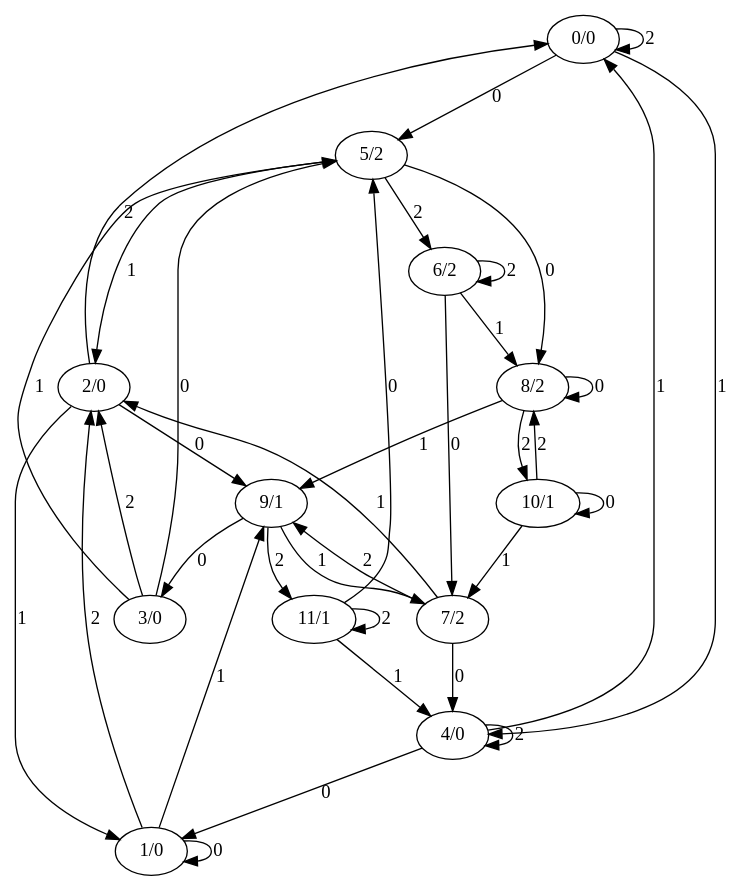
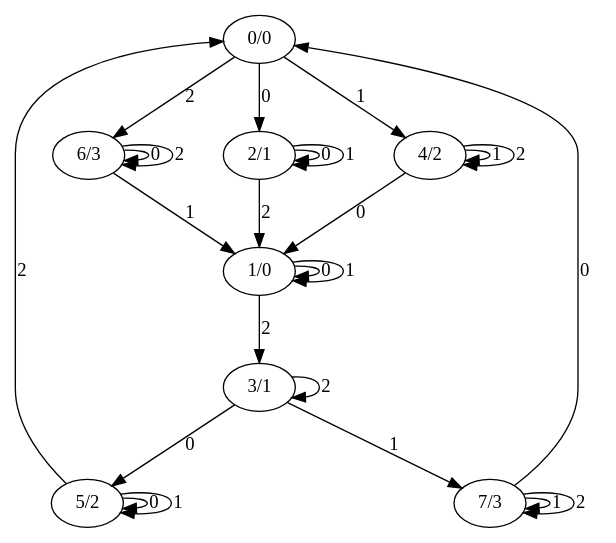
Before and after one commit to luchininaanna/TA: the diagram in minimization/minimization/out.dot, drawn with Graphviz. The commit also changed 24 other files, not shown here.

```diff
--- a/minimization/minimization/out.dot
+++ b/minimization/minimization/out.dot
@@ -1,38 +1,26 @@
 digraph G{
-"0/0"->"5/2"[label="0"];
-"0/0"->"4/0"[label="1"];
-"0/0"->"0/0"[label="2"];
+"0/0"->"2/1"[label="0"];
+"0/0"->"4/2"[label="1"];
+"0/0"->"6/3"[label="2"];
 "1/0"->"1/0"[label="0"];
-"1/0"->"9/1"[label="1"];
-"1/0"->"2/0"[label="2"];
-"2/0"->"9/1"[label="0"];
-"2/0"->"1/0"[label="1"];
-"2/0"->"0/0"[label="2"];
-"3/0"->"5/2"[label="0"];
-"3/0"->"5/2"[label="1"];
-"3/0"->"2/0"[label="2"];
-"4/0"->"1/0"[label="0"];
-"4/0"->"0/0"[label="1"];
-"4/0"->"4/0"[label="2"];
-"5/2"->"8/2"[label="0"];
-"5/2"->"2/0"[label="1"];
-"5/2"->"6/2"[label="2"];
-"6/2"->"7/2"[label="0"];
-"6/2"->"8/2"[label="1"];
-"6/2"->"6/2"[label="2"];
-"7/2"->"4/0"[label="0"];
-"7/2"->"2/0"[label="1"];
-"7/2"->"9/1"[label="2"];
-"8/2"->"8/2"[label="0"];
-"8/2"->"9/1"[label="1"];
-"8/2"->"10/1"[label="2"];
-"9/1"->"3/0"[label="0"];
-"9/1"->"7/2"[label="1"];
-"9/1"->"11/1"[label="2"];
-"10/1"->"10/1"[label="0"];
-"10/1"->"7/2"[label="1"];
-"10/1"->"8/2"[label="2"];
-"11/1"->"5/2"[label="0"];
-"11/1"->"4/0"[label="1"];
-"11/1"->"11/1"[label="2"];
+"1/0"->"1/0"[label="1"];
+"1/0"->"3/1"[label="2"];
+"2/1"->"2/1"[label="0"];
+"2/1"->"2/1"[label="1"];
+"2/1"->"1/0"[label="2"];
+"3/1"->"5/2"[label="0"];
+"3/1"->"7/3"[label="1"];
+"3/1"->"3/1"[label="2"];
+"4/2"->"1/0"[label="0"];
+"4/2"->"4/2"[label="1"];
+"4/2"->"4/2"[label="2"];
+"5/2"->"5/2"[label="0"];
+"5/2"->"5/2"[label="1"];
+"5/2"->"0/0"[label="2"];
+"6/3"->"6/3"[label="0"];
+"6/3"->"1/0"[label="1"];
+"6/3"->"6/3"[label="2"];
+"7/3"->"0/0"[label="0"];
+"7/3"->"7/3"[label="1"];
+"7/3"->"7/3"[label="2"];
 }
```
